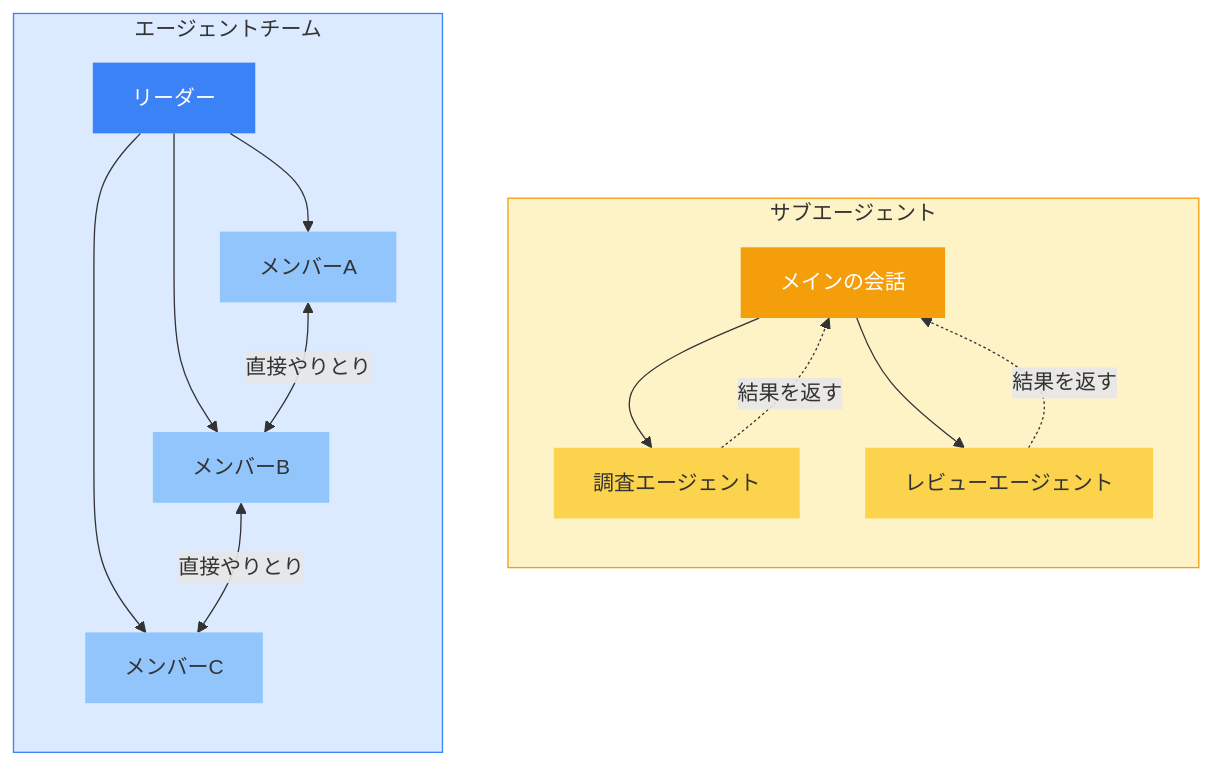
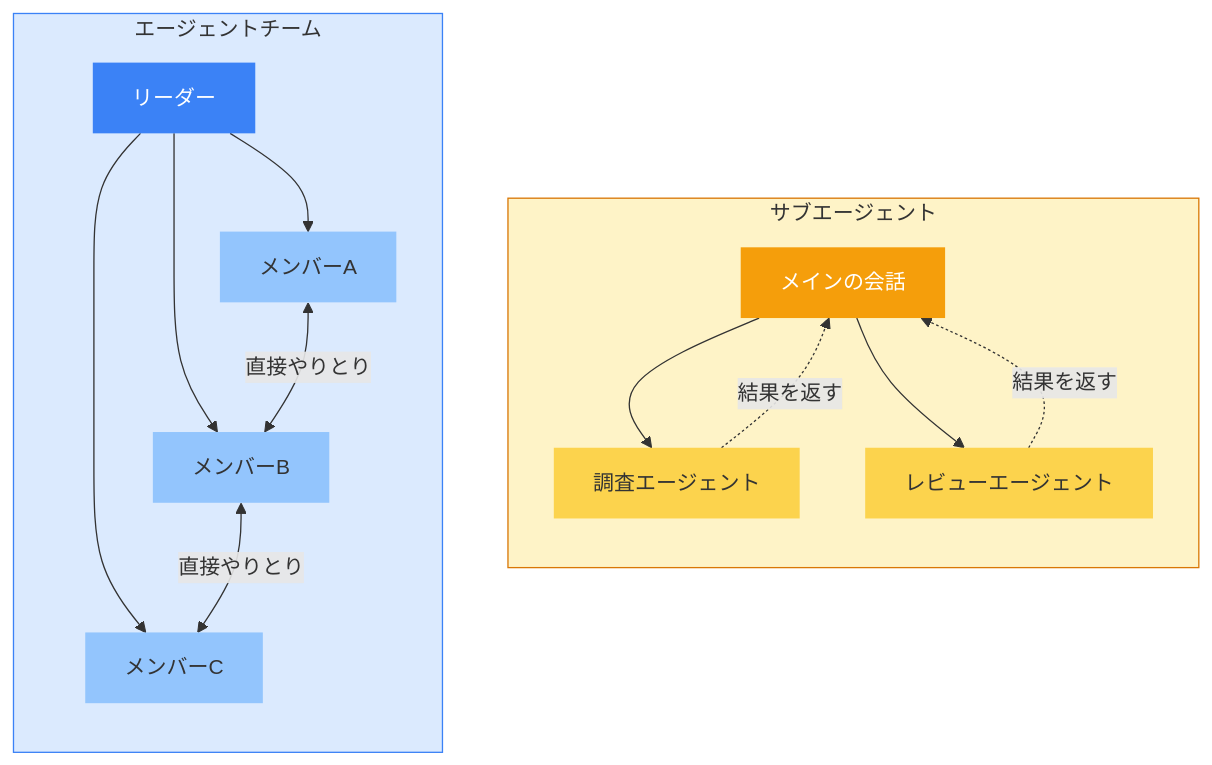
Before and after one commit to masa1023/my-site: the third of 3 diagrams in content/blog/claude-code-guide-overview.md, drawn with Mermaid. The commit also changed other lines of this file, not shown here.

Commit message:
fix: update chart color

````diff
--- a/content/blog/claude-code-guide-overview.md
+++ b/content/blog/claude-code-guide-overview.md
@@ -254,29 +254,29 @@
 ```mermaid
 graph TB
     subgraph sub ["サブエージェント"]
         direction TB
         Main1["メインの会話"] --> SA1["調査エージェント"]
         Main1 --> SA2["レビューエージェント"]
         SA1 -.->|結果を返す| Main1
         SA2 -.->|結果を返す| Main1
     end
 
     subgraph team ["エージェントチーム"]
         direction TB
         Lead["リーダー"] --> TM1["メンバーA"]
         Lead --> TM2["メンバーB"]
         Lead --> TM3["メンバーC"]
         TM1 <-->|直接やりとり| TM2
         TM2 <-->|直接やりとり| TM3
     end
 
-    style sub fill:#FEF3C7,stroke:#F59E0B
-    style team fill:#DBEAFE,stroke:#3B82F6
+    style sub fill:#FEF3C7,stroke:#D97706,color:#333
+    style team fill:#DBEAFE,stroke:#3B82F6,color:#333
     style Main1 fill:#F59E0B,color:#fff,stroke:none
     style Lead fill:#3B82F6,color:#fff,stroke:none
     style SA1 fill:#FCD34D,color:#333,stroke:none
     style SA2 fill:#FCD34D,color:#333,stroke:none
     style TM1 fill:#93C5FD,color:#333,stroke:none
     style TM2 fill:#93C5FD,color:#333,stroke:none
     style TM3 fill:#93C5FD,color:#333,stroke:none
 ```
````
